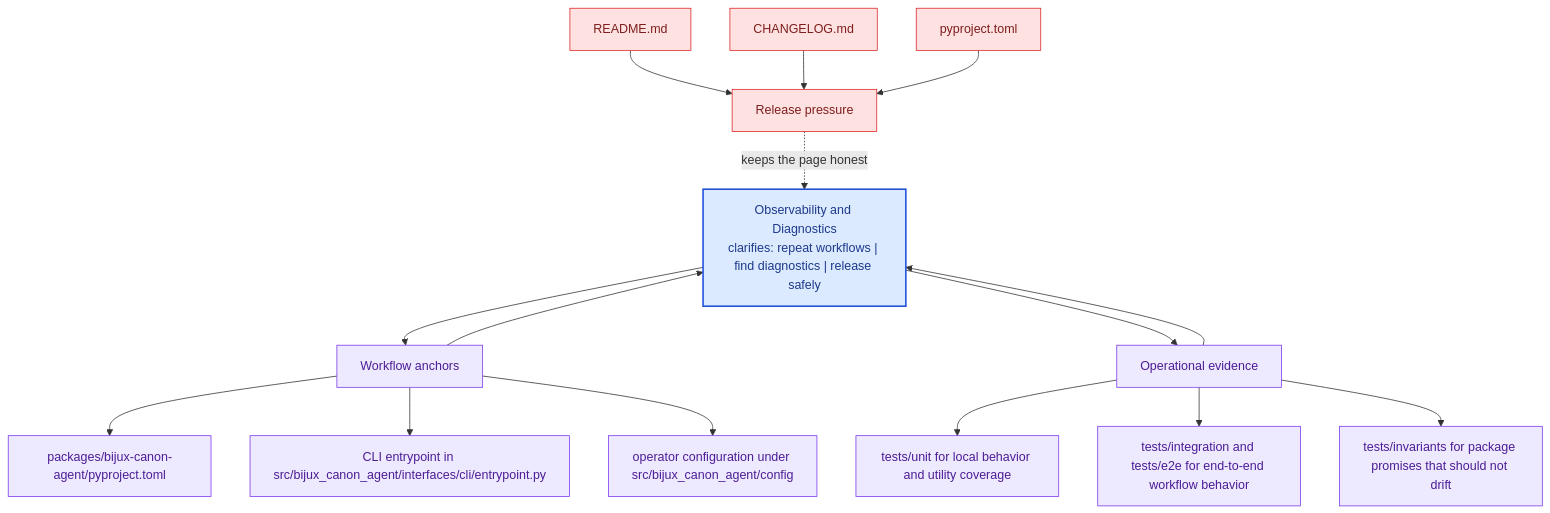
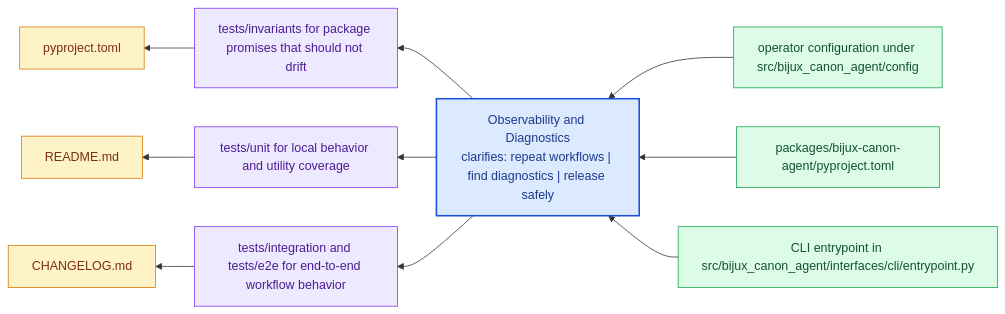
The diagram in docs/bijux-canon-agent/operations/observability-and-diagnostics.md (bijux/bijux-canon), drawn with Mermaid before and after one commit. The commit also changed other lines of this file and 281 other files, not shown here.

Commit message:
docs(diagrams): replace repeated mermaid scaffolds with page-specific summaries

````diff
--- a/docs/bijux-canon-agent/operations/observability-and-diagnostics.md
+++ b/docs/bijux-canon-agent/operations/observability-and-diagnostics.md
@@ -66,41 +21,31 @@
 ```mermaid
-flowchart TB
-    promise["Observability and Diagnostics<br/>clarifies: repeat workflows | find diagnostics | release safely"]
-    classDef promise fill:#dbeafe,stroke:#1d4ed8,color:#1e3a8a,stroke-width:2px;
-    classDef driver fill:#dcfce7,stroke:#16a34a,color:#14532d;
-    classDef constraint fill:#fee2e2,stroke:#dc2626,color:#7f1d1d;
-    classDef ground fill:#ede9fe,stroke:#7c3aed,color:#4c1d95;
-    focus1["Workflow anchors"]
-    focus1 --> promise
-    promise --> focus1
-    focus1_1["packages/bijux-canon-agent/pyproject.toml"]
-    focus1 --> focus1_1
-    focus1_2["CLI entrypoint in src/bijux_canon_agent/interfaces/cli/entrypoint.py"]
-    focus1 --> focus1_2
-    focus1_3["operator configuration under src/bijux_canon_agent/config"]
-    focus1 --> focus1_3
-    class focus1 ground;
-    class focus1_1,focus1_2,focus1_3 ground;
-    focus2["Operational evidence"]
-    focus2 --> promise
-    promise --> focus2
-    focus2_1["tests/unit for local behavior and utility coverage"]
-    focus2 --> focus2_1
-    focus2_2["tests/integration and tests/e2e for end-to-end workflow behavior"]
-    focus2 --> focus2_2
-    focus2_3["tests/invariants for package promises that should not drift"]
-    focus2 --> focus2_3
-    class focus2 ground;
-    class focus2_1,focus2_2,focus2_3 ground;
-    focus3["Release pressure"]
-    focus3 -.keeps the page honest.-> promise
-    focus3_1["README.md"]
-    focus3_1 --> focus3
-    focus3_2["CHANGELOG.md"]
-    focus3_2 --> focus3
-    focus3_3["pyproject.toml"]
-    focus3_3 --> focus3
-    class focus3 constraint;
-    class focus3_1,focus3_2,focus3_3 constraint;
-    class promise promise;
+flowchart RL
+    page["Observability and Diagnostics<br/>clarifies: repeat workflows | find diagnostics | release safely"]
+    classDef page fill:#dbeafe,stroke:#1d4ed8,color:#1e3a8a,stroke-width:2px;
+    classDef positive fill:#dcfce7,stroke:#16a34a,color:#14532d;
+    classDef caution fill:#fee2e2,stroke:#dc2626,color:#7f1d1d;
+    classDef anchor fill:#ede9fe,stroke:#7c3aed,color:#4c1d95;
+    classDef action fill:#fef3c7,stroke:#d97706,color:#7c2d12;
+    step1["operator configuration under src/bijux_canon_agent/config"]
+    step1 --> page
+    step2["packages/bijux-canon-agent/pyproject.toml"]
+    step2 --> page
+    step3["CLI entrypoint in src/bijux_canon_agent/interfaces/cli/entrypoint.py"]
+    step3 --> page
+    run1["tests/invariants for package promises that should not drift"]
+    page --> run1
+    run2["tests/unit for local behavior and utility coverage"]
+    page --> run2
+    run3["tests/integration and tests/e2e for end-to-end workflow behavior"]
+    page --> run3
+    release1["pyproject.toml"]
+    run1 --> release1
+    release2["README.md"]
+    run2 --> release2
+    release3["CHANGELOG.md"]
+    run3 --> release3
+    class page page;
+    class step1,step2,step3 positive;
+    class run1,run2,run3 anchor;
+    class release1,release2,release3 action;
 ```
````
